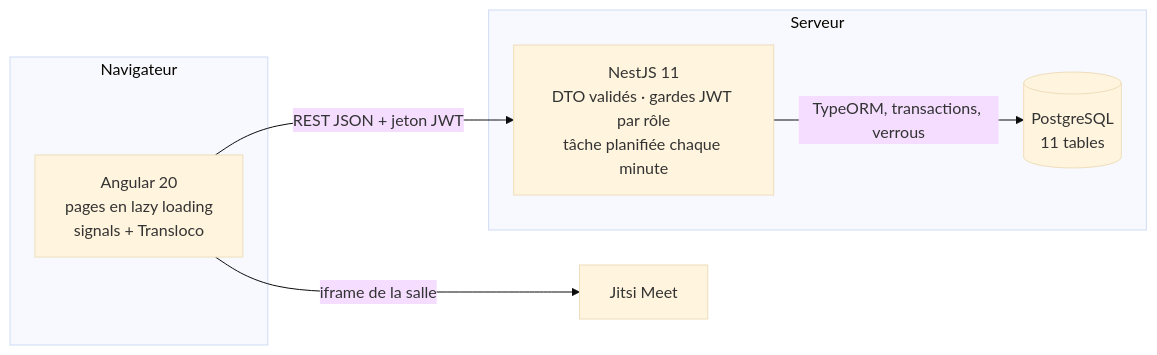
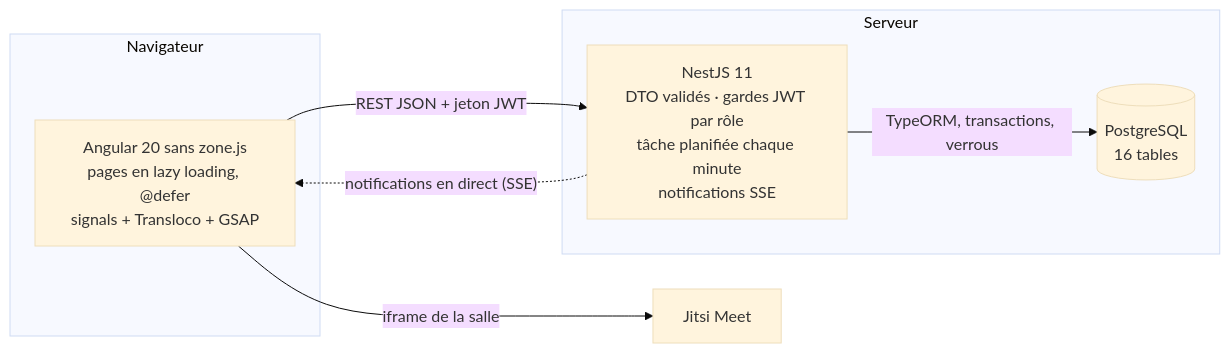
Before and after one commit to iheb1234-afk/9rayti: the first of 2 diagrams in README.md, drawn with Mermaid (base theme). The commit also changed other lines of this file and 25 other files, not shown here.

````diff
--- a/README.md
+++ b/README.md
@@ -145,14 +167,15 @@
 ```mermaid
 flowchart LR
   subgraph Navigateur
-    A[Angular 20<br/>pages en lazy loading<br/>signals + Transloco]
+    A[Angular 20 sans zone.js<br/>pages en lazy loading, @defer<br/>signals + Transloco + GSAP]
   end
   subgraph Serveur
-    B[NestJS 11<br/>DTO validés · gardes JWT par rôle<br/>tâche planifiée chaque minute]
-    C[(PostgreSQL<br/>11 tables)]
+    B[NestJS 11<br/>DTO validés · gardes JWT par rôle<br/>tâche planifiée chaque minute<br/>notifications SSE]
+    C[(PostgreSQL<br/>16 tables)]
   end
   J[Jitsi Meet]
   A -- REST JSON + jeton JWT --> B
+  B -. notifications en direct (SSE) .-> A
   B -- TypeORM, transactions, verrous --> C
   A -- iframe de la salle --> J
 ```
````
